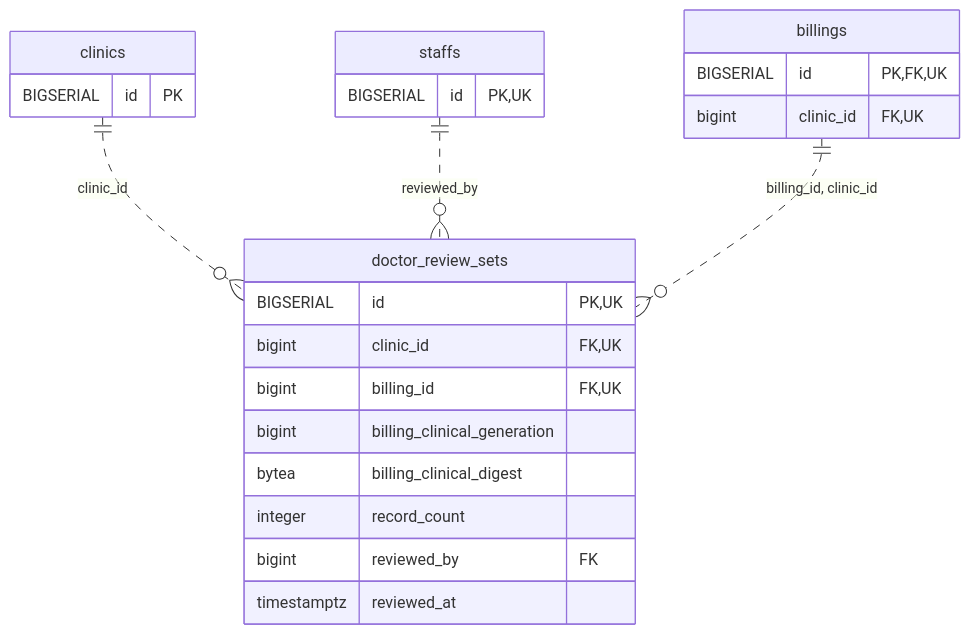
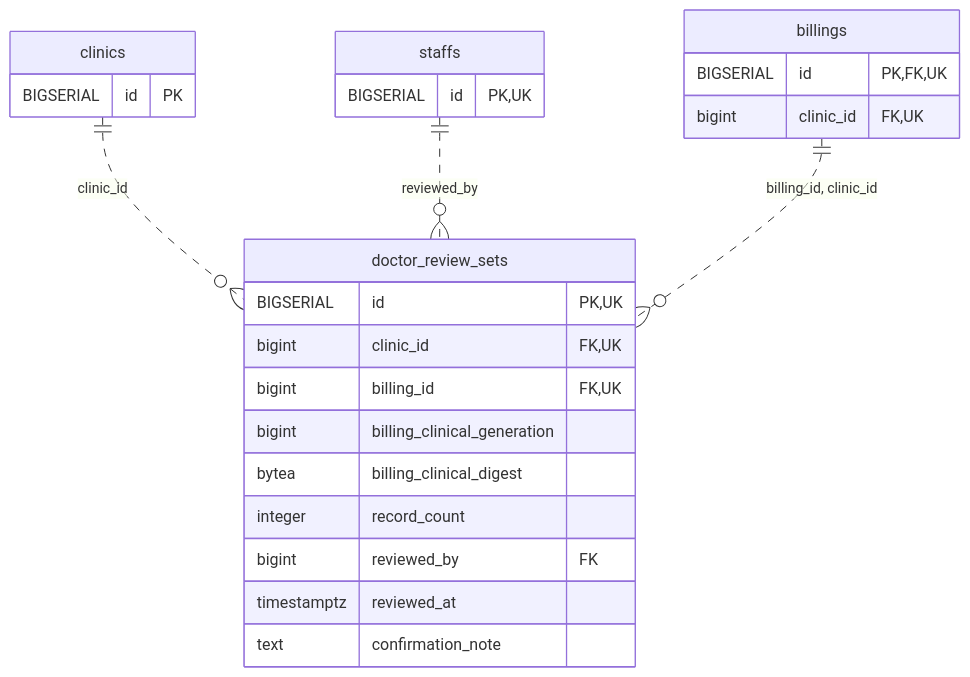
The diagram in docs/architecture/erd-detail/doctor_review_sets.md (MinoruSoga/AnimalEkarte), drawn with Mermaid before and after one commit. The commit also changed other lines of this file and 147 other files, not shown here.

````diff
--- a/docs/architecture/erd-detail/doctor_review_sets.md
+++ b/docs/architecture/erd-detail/doctor_review_sets.md
@@ -31,26 +32,27 @@
 ```mermaid
 erDiagram
     doctor_review_sets {
         BIGSERIAL id PK,UK
         bigint clinic_id FK,UK
         bigint billing_id FK,UK
         bigint billing_clinical_generation
         bytea billing_clinical_digest
         integer record_count
         bigint reviewed_by FK
         timestamptz reviewed_at
+        text confirmation_note
     }
     billings {
         BIGSERIAL id PK,FK,UK
         bigint clinic_id FK,UK
     }
     clinics {
         BIGSERIAL id PK
     }
     staffs {
         BIGSERIAL id PK,UK
     }
     clinics ||..o{ doctor_review_sets : "clinic_id"
     staffs ||..o{ doctor_review_sets : "reviewed_by"
     billings ||..o{ doctor_review_sets : "billing_id, clinic_id"
 ```
````
